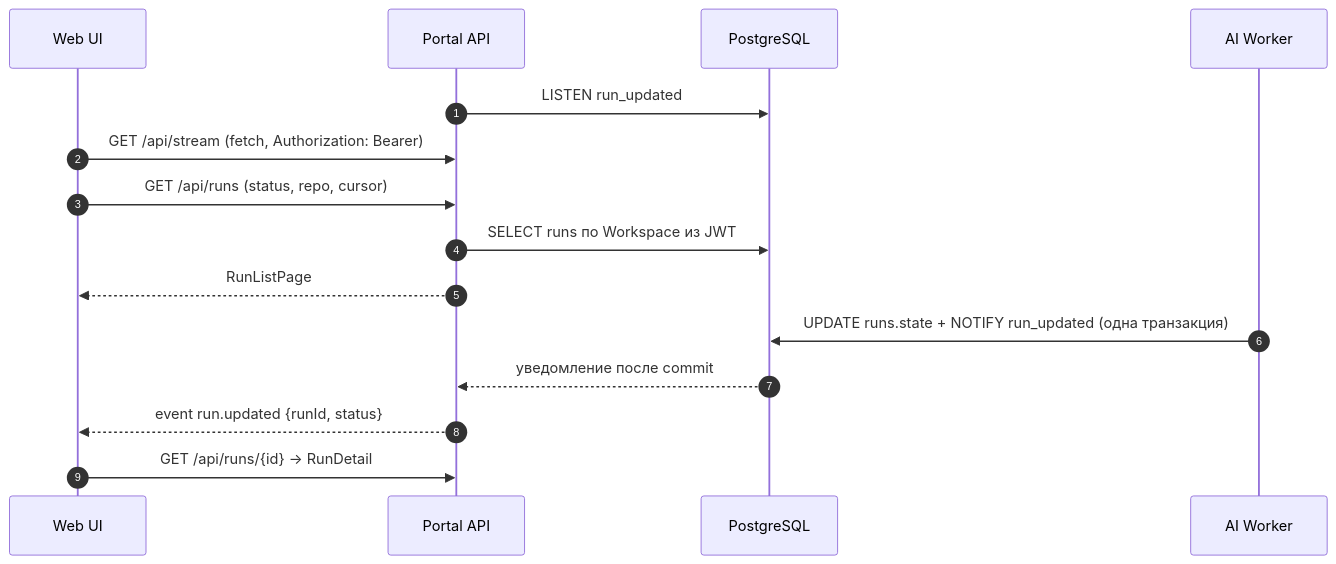
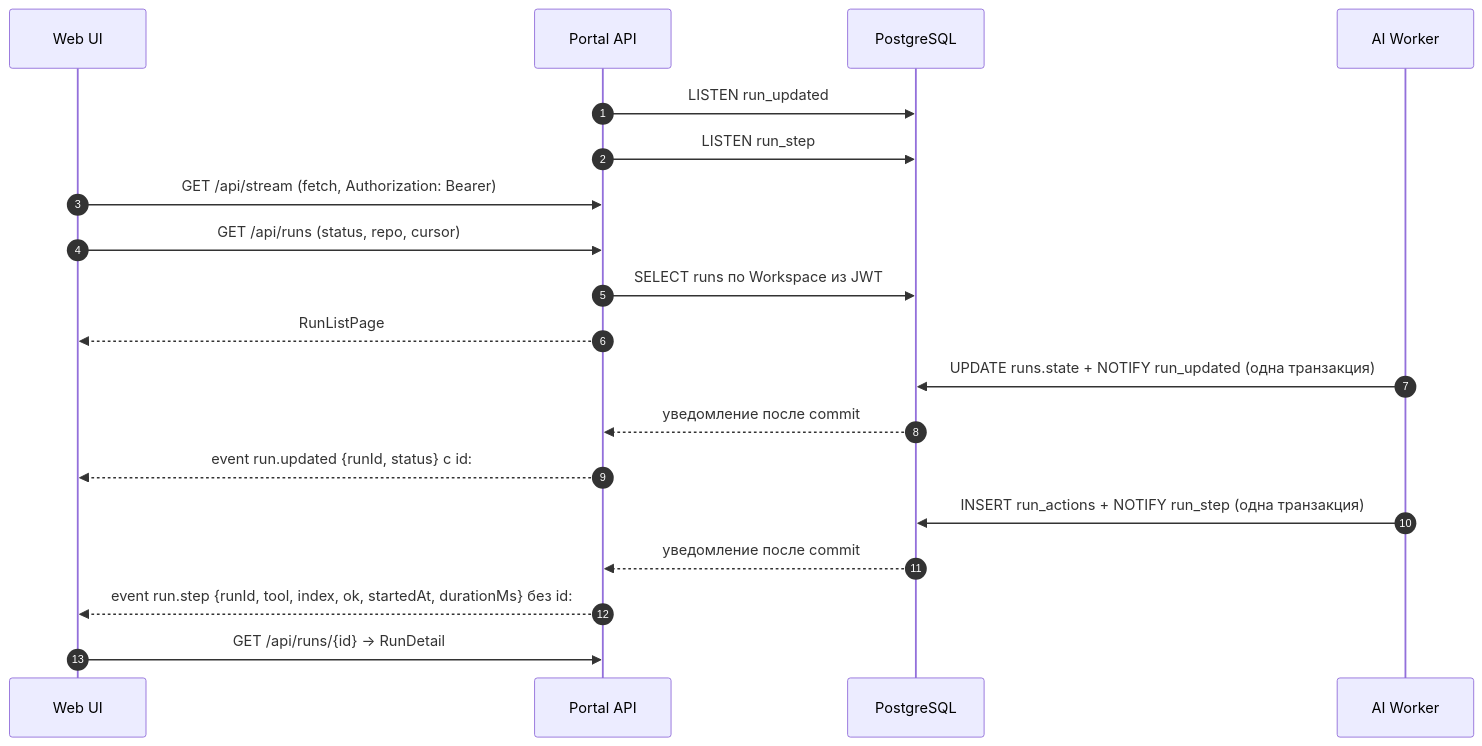
The ninth of 13 diagrams in docs/SYSTEM_DESIGN.md (larchanka-training/dmc-268-api-t6), drawn with Mermaid before and after one commit. The commit also changed other lines of this file and 27 other files, not shown here.

````diff
--- a/docs/SYSTEM_DESIGN.md
+++ b/docs/SYSTEM_DESIGN.md
@@ -469,18 +469,22 @@
 ```mermaid
 sequenceDiagram
   autonumber
   participant B as Web UI
   participant P as Portal API
   participant PG as PostgreSQL
   participant W as AI Worker
 
   P->>PG: LISTEN run_updated
+  P->>PG: LISTEN run_step
   B->>P: GET /api/stream (fetch, Authorization: Bearer)
   B->>P: GET /api/runs (status, repo, cursor)
   P->>PG: SELECT runs по Workspace из JWT
   P-->>B: RunListPage
   W->>PG: UPDATE runs.state + NOTIFY run_updated (одна транзакция)
   PG-->>P: уведомление после commit
-  P-->>B: event run.updated {runId, status}
+  P-->>B: event run.updated {runId, status} с id:
+  W->>PG: INSERT run_actions + NOTIFY run_step (одна транзакция)
+  PG-->>P: уведомление после commit
+  P-->>B: event run.step {runId, tool, index, ok, startedAt, durationMs} без id:
   B->>P: GET /api/runs/{id} → RunDetail
 ```
````
